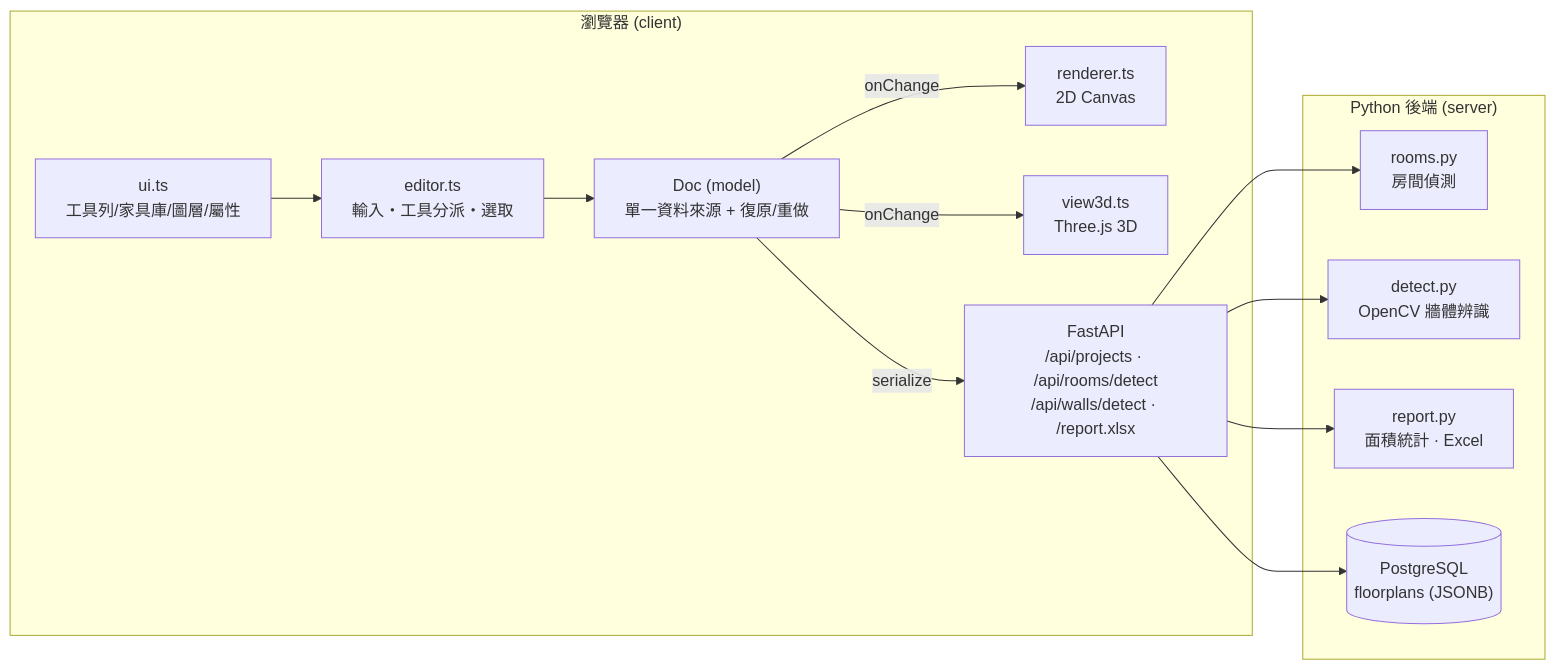
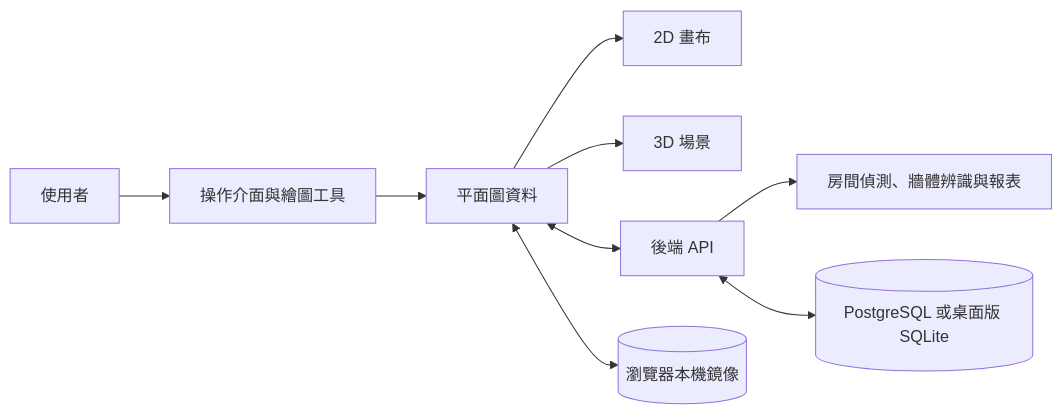
One commit to bruuucechang/interiordesign changed the diagram in README.md. Above: the diagram before and after it, drawn with Mermaid. The commit also changed other lines of this file and 1 other file, not shown here.

````diff
--- a/README.md
+++ b/README.md
@@ -65,25 +31,11 @@
 ```mermaid
 flowchart LR
-  subgraph Browser["瀏覽器 (client)"]
-    UI["ui.ts<br/>工具列/家具庫/圖層/屬性"]
-    Editor["editor.ts<br/>輸入・工具分派・選取"]
-    Doc["Doc (model)<br/>單一資料來源 + 復原/重做"]
-    R2D["renderer.ts<br/>2D Canvas"]
-    V3D["view3d.ts<br/>Three.js 3D"]
-    UI --> Editor --> Doc
-    Doc -- onChange --> R2D
-    Doc -- onChange --> V3D
-    Doc -- serialize --> API
-  end
-  subgraph Server["Python 後端 (server)"]
-    API["FastAPI<br/>/api/projects · /api/rooms/detect<br/>/api/walls/detect · /report.xlsx"]
-    ROOMS["rooms.py<br/>房間偵測"]
-    DETECT["detect.py<br/>OpenCV 牆體辨識"]
-    REPORT["report.py<br/>面積統計 · Excel"]
-    DB[("PostgreSQL<br/>floorplans (JSONB)")]
-    API --> ROOMS
-    API --> DETECT
-    API --> REPORT
-    API --> DB
-  end
+    User["使用者"] --> UI["操作介面與繪圖工具"]
+    UI --> Doc["平面圖資料"]
+    Doc --> View2D["2D 畫布"]
+    Doc --> View3D["3D 場景"]
+    Doc <--> API["後端 API"]
+    API --> Services["房間偵測、牆體辨識與報表"]
+    API <--> DB[("PostgreSQL 或桌面版 SQLite")]
+    Doc <--> Local[("瀏覽器本機鏡像")]
 ```
````
